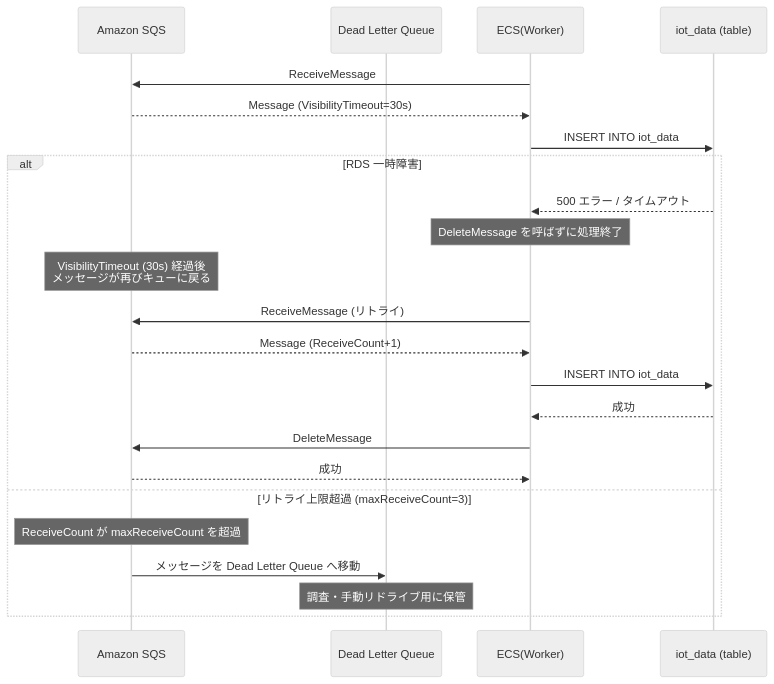
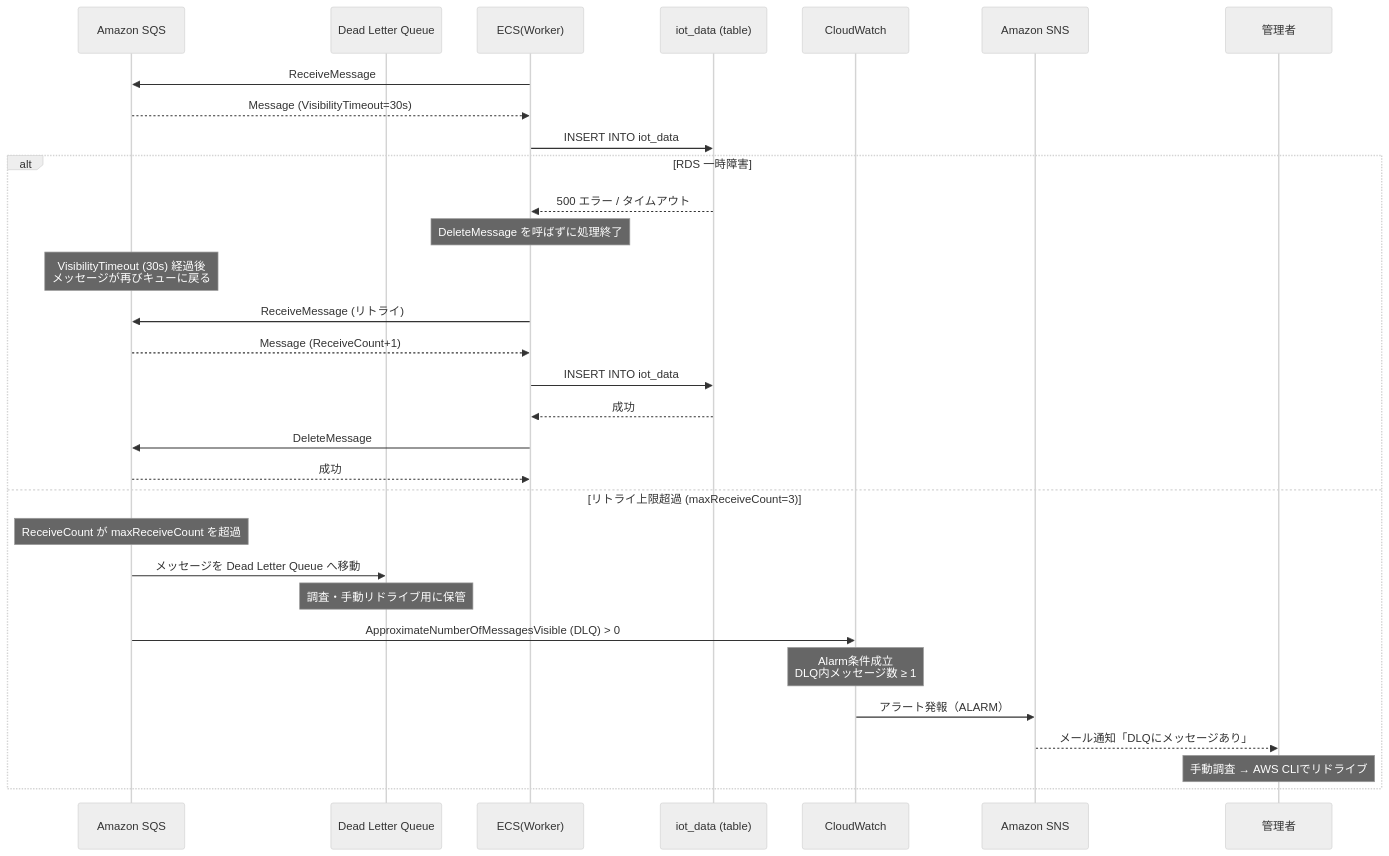
Before and after one commit to riaton/home-smart-factory: the fourth of 7 diagrams in docs/basic_design/sequence/IoTデータ収集.md, drawn with Mermaid (neutral theme). The commit also changed other lines of this file and 6 other files, not shown here.

````diff
--- a/docs/basic_design/sequence/IoTデータ収集.md
+++ b/docs/basic_design/sequence/IoTデータ収集.md
@@ -114,30 +114,38 @@
 ```mermaid
 sequenceDiagram
     participant SQS as Amazon SQS
     participant DLQ as Dead Letter Queue
     participant Worker as ECS(Worker)
     participant RDS as iot_data (table)
+    participant CW as CloudWatch
+    participant SNS as Amazon SNS
+    participant Admin as 管理者
 
     Worker->>SQS: ReceiveMessage
     SQS-->>Worker: Message (VisibilityTimeout=30s)
 
     Worker->>RDS: INSERT INTO iot_data
 
     alt RDS 一時障害
         RDS-->>Worker: 500 エラー / タイムアウト
         Note over Worker: DeleteMessage を呼ばずに処理終了
         Note over SQS: VisibilityTimeout (30s) 経過後<br/>メッセージが再びキューに戻る
 
         Worker->>SQS: ReceiveMessage (リトライ)
         SQS-->>Worker: Message (ReceiveCount+1)
         Worker->>RDS: INSERT INTO iot_data
         RDS-->>Worker: 成功
         Worker->>SQS: DeleteMessage
         SQS-->>Worker: 成功
 
     else リトライ上限超過 (maxReceiveCount=3)
         Note over SQS: ReceiveCount が maxReceiveCount を超過
         SQS->>DLQ: メッセージを Dead Letter Queue へ移動
         Note over DLQ: 調査・手動リドライブ用に保管
+        SQS->>CW: ApproximateNumberOfMessagesVisible (DLQ) > 0
+        Note over CW: Alarm条件成立<br/>DLQ内メッセージ数 ≥ 1
+        CW->>SNS: アラート発報（ALARM）
+        SNS-->>Admin: メール通知「DLQにメッセージあり」
+        Note over Admin: 手動調査 → AWS CLIでリドライブ
     end
 ```
````
